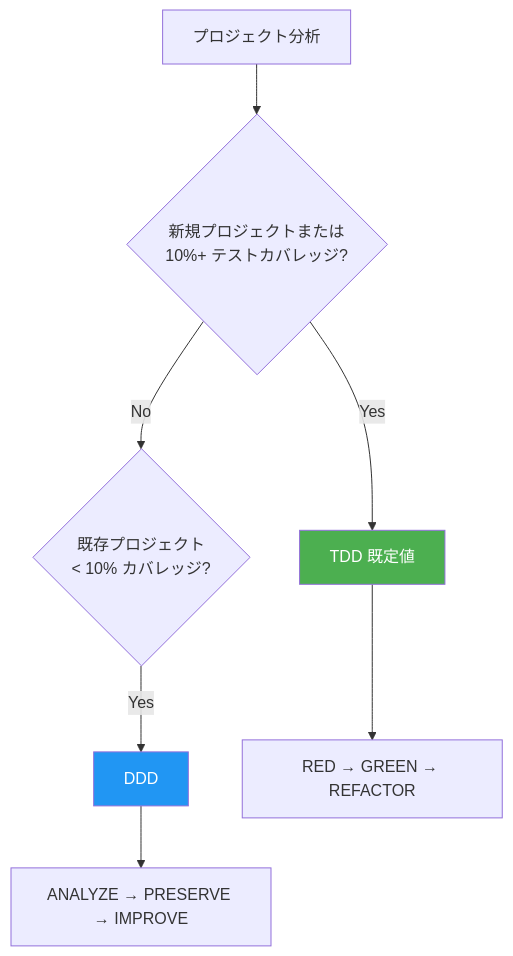
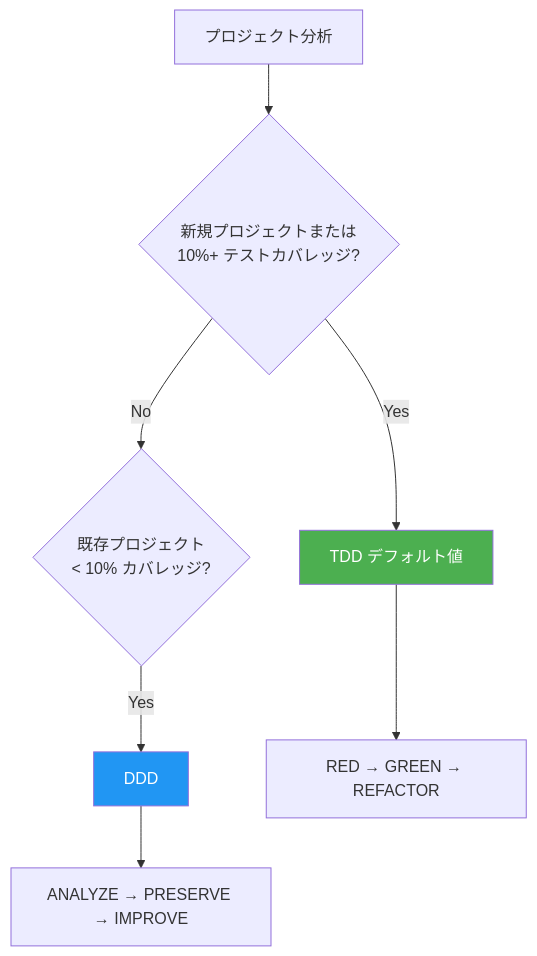
Before and after one commit to modu-ai/moai-adk: the first of 2 diagrams in docs-site/content/ja/getting-started/introduction.md, drawn with Mermaid. The commit also changed other lines of this file and 180 other files, not shown here.

````diff
--- a/docs-site/content/ja/getting-started/introduction.md
+++ b/docs-site/content/ja/getting-started/introduction.md
@@ -100,12 +100,12 @@
 ```mermaid
 flowchart TD
     A["プロジェクト分析"] --> B{"新規プロジェクトまたは<br/>10%+ テストカバレッジ?"}
-    B -->|"Yes"| C["TDD 既定値"]
+    B -->|"Yes"| C["TDD デフォルト値"]
     B -->|"No"| D{"既存プロジェクト<br/>< 10% カバレッジ?"}
     D -->|"Yes"| E["DDD"]
     C --> F["RED → GREEN → REFACTOR"]
     E --> G["ANALYZE → PRESERVE → IMPROVE"]
 
     style C fill:#4CAF50,color:#fff
     style E fill:#2196F3,color:#fff
 ```
````
